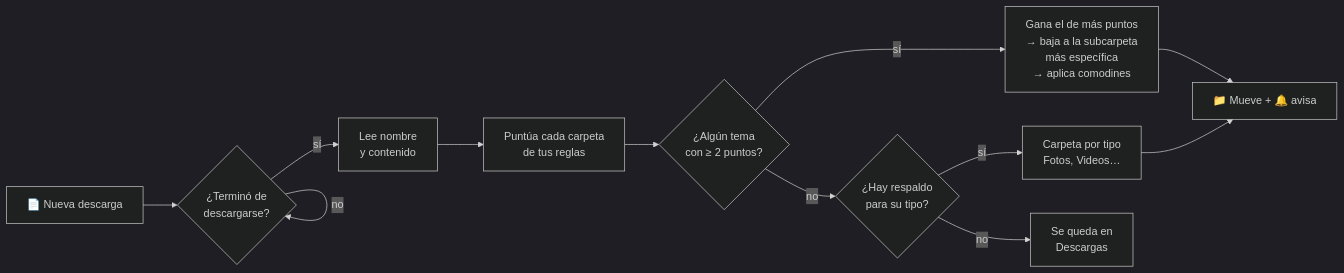
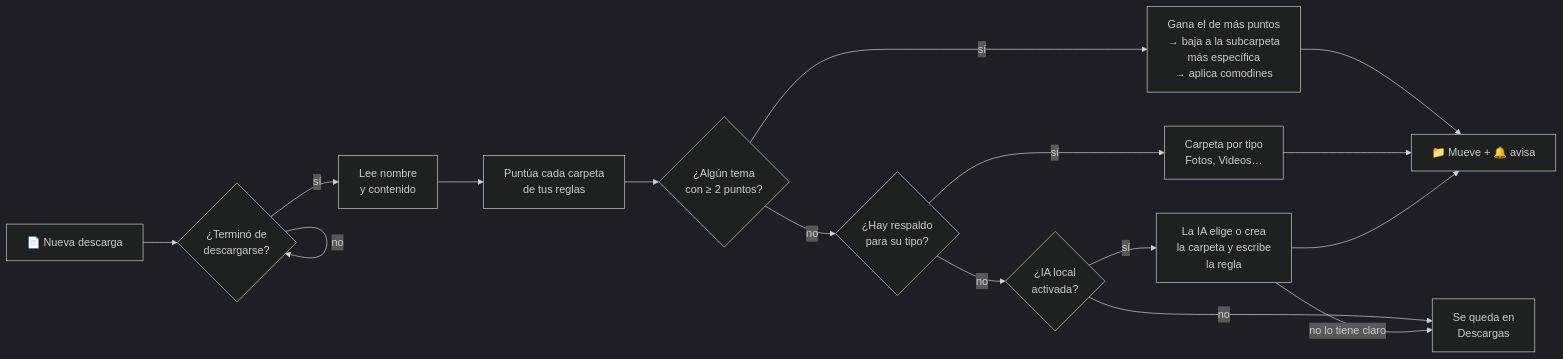
Before and after one commit to Gr8coolmind/ordenito: the diagram in README.md, drawn with Mermaid (dark theme). The commit also changed other lines of this file and 3 other files, not shown here.

First line of the commit message:
IA local con Ollama: crea carpetas y aprende reglas nuevas

````diff
--- a/README.md
+++ b/README.md
@@ -125,14 +126,18 @@
 ```mermaid
 flowchart LR
     A[📄 Nueva descarga] --> B{¿Terminó de<br/>descargarse?}
     B -- no --> B
     B -- sí --> C[Lee nombre<br/>y contenido]
     C --> D[Puntúa cada carpeta<br/>de tus reglas]
     D --> E{¿Algún tema<br/>con ≥ 2 puntos?}
     E -- sí --> F[Gana el de más puntos<br/>→ baja a la subcarpeta<br/>más específica<br/>→ aplica comodines]
     E -- no --> G{¿Hay respaldo<br/>para su tipo?}
     G -- sí --> H[Carpeta por tipo<br/>Fotos, Videos…]
-    G -- no --> I[Se queda en<br/>Descargas]
+    G -- no --> K{¿IA local<br/>activada?}
+    K -- sí --> L[La IA elige o crea<br/>la carpeta y escribe<br/>la regla]
+    K -- no --> I[Se queda en<br/>Descargas]
+    L -- no lo tiene claro --> I
     F --> J[📁 Mueve + 🔔 avisa]
     H --> J
+    L --> J
 ```
````
